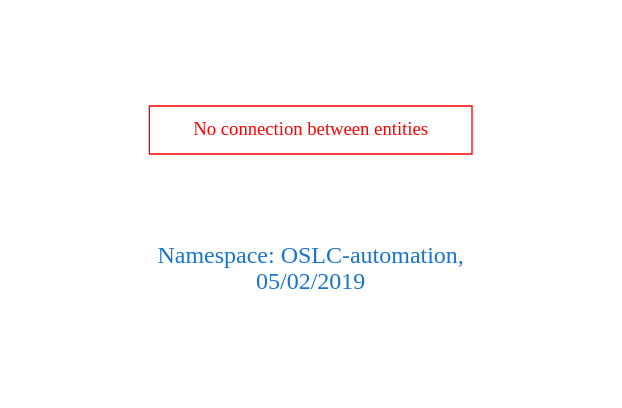
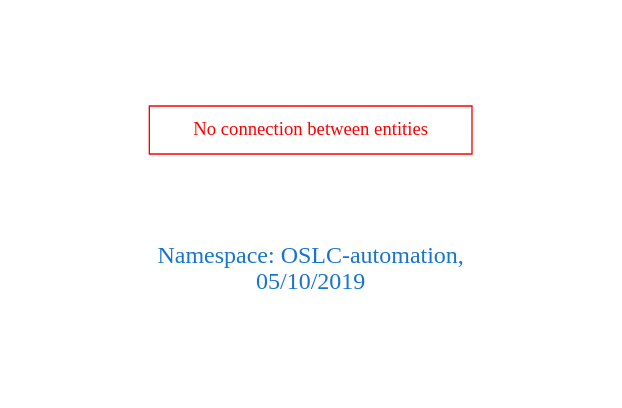
One commit to arago/OGIT changed the diagram in downloads/OSLC-automation.dot. Above: the diagram before and after it, drawn with Graphviz. The commit also changed 1392 other files, not shown here.

```diff
--- a/downloads/OSLC-automation.dot
+++ b/downloads/OSLC-automation.dot
@@ -1,9 +1,9 @@
 digraph OGIT_ontology {
  graph [ rankdir= LR,pad=1 
 fontsize = 18,
-fontcolor= dodgerblue3,label = "\n\n\nNamespace: OSLC-automation, \n 05/02/2019"];
+fontcolor= dodgerblue3,label = "\n\n\nNamespace: OSLC-automation, \n 05/10/2019"];
 node[shape=polygon];
 edge [  color="gray81"];
 
 "No connection between entities" [fontcolor = "red",color="red", shape="polygon"]
 }
```
